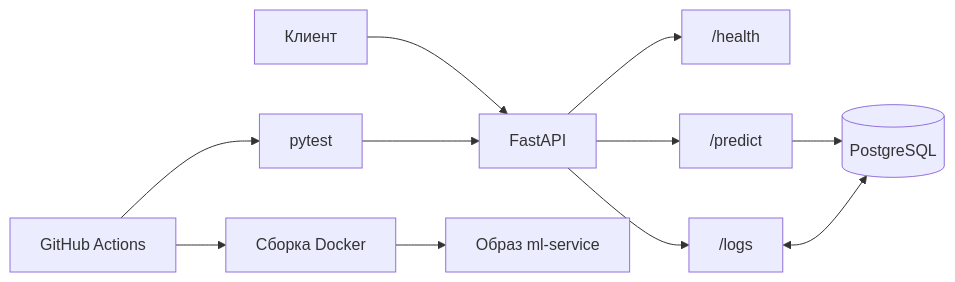
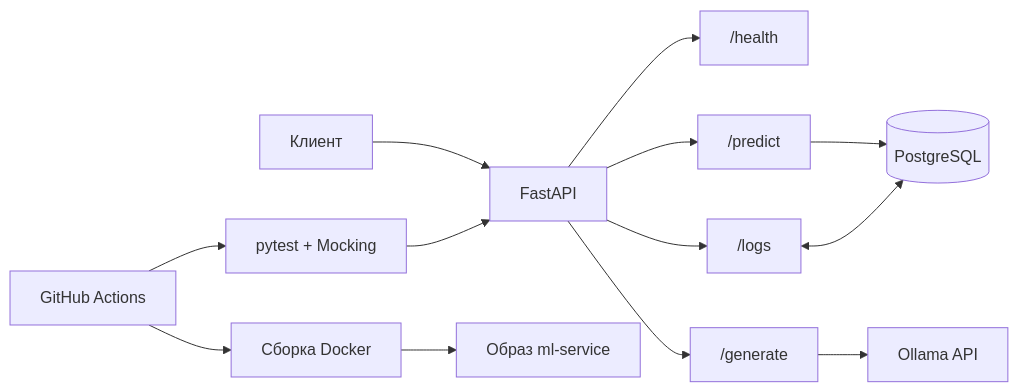
One commit to avandrevv/ML-service changed the diagram in README.md. Above: the diagram before and after it, drawn with Mermaid. The commit also changed other lines of this file, not shown here.

Commit message:
ollama llm mvp(update readme)

````diff
--- a/README.md
+++ b/README.md
@@ -86,13 +106,15 @@
 ```mermaid
 graph LR
     A[Клиент] --> B[FastAPI]
     B --> C["/health"]
     B --> D["/predict"]
-    B --> E["/logs"]
-    D --> F[(PostgreSQL)]
-    E <--> F
-    G[pytest] --> B
-    H[GitHub Actions] --> G
-    H --> I[Сборка Docker]
-    I --> J[Образ ml-service]
+    B --> E["/generate"]
+    B --> F["/logs"]
+    D --> G[(PostgreSQL)]
+    F <--> G
+    E --> H[Ollama API]
+    I[pytest + Mocking] --> B
+    J[GitHub Actions] --> I
+    J --> K[Сборка Docker]
+    K --> L[Образ ml-service]
 ```
````
